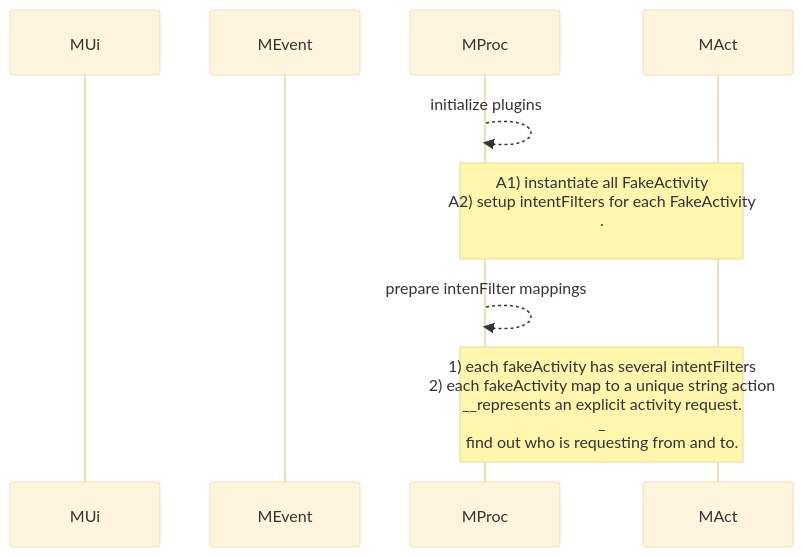
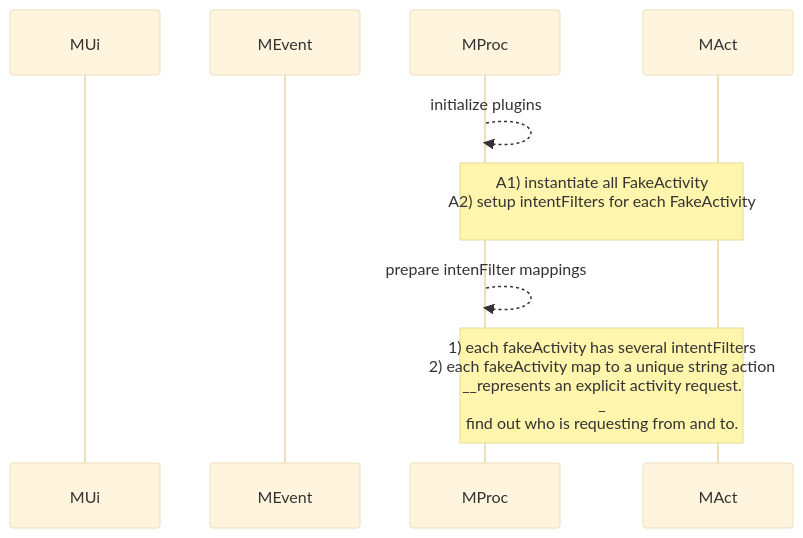
Before and after one commit to gordianknotC/nxp_note: the third of 6 diagrams in flutter/android_to_flutter.md, drawn with Mermaid (base theme). The commit also changed other lines of this file, not shown here.

````diff
--- a/flutter/android_to_flutter.md
+++ b/flutter/android_to_flutter.md
@@ -50,14 +50,14 @@
 ```mermaid
 sequenceDiagram
 participant MUi
 participant MEvent
 participant MProc
 participant MAct
 
 MProc-->>MProc: initialize plugins
-Note over MProc,MAct: A1) instantiate all FakeActivity<br>A2) setup intentFilters for each FakeActivity<br>.<br>
+Note over MProc,MAct: A1) instantiate all FakeActivity<br>A2) setup intentFilters for each FakeActivity<br>
 
 MProc-->>MProc: prepare intenFilter mappings
 Note over MProc, MAct: 1) each fakeActivity has several intentFilters<br>2) each fakeActivity map to a unique string action<br>__represents an explicit activity request.<br>_<br> find out who is requesting from and to.
 
 ```
````
